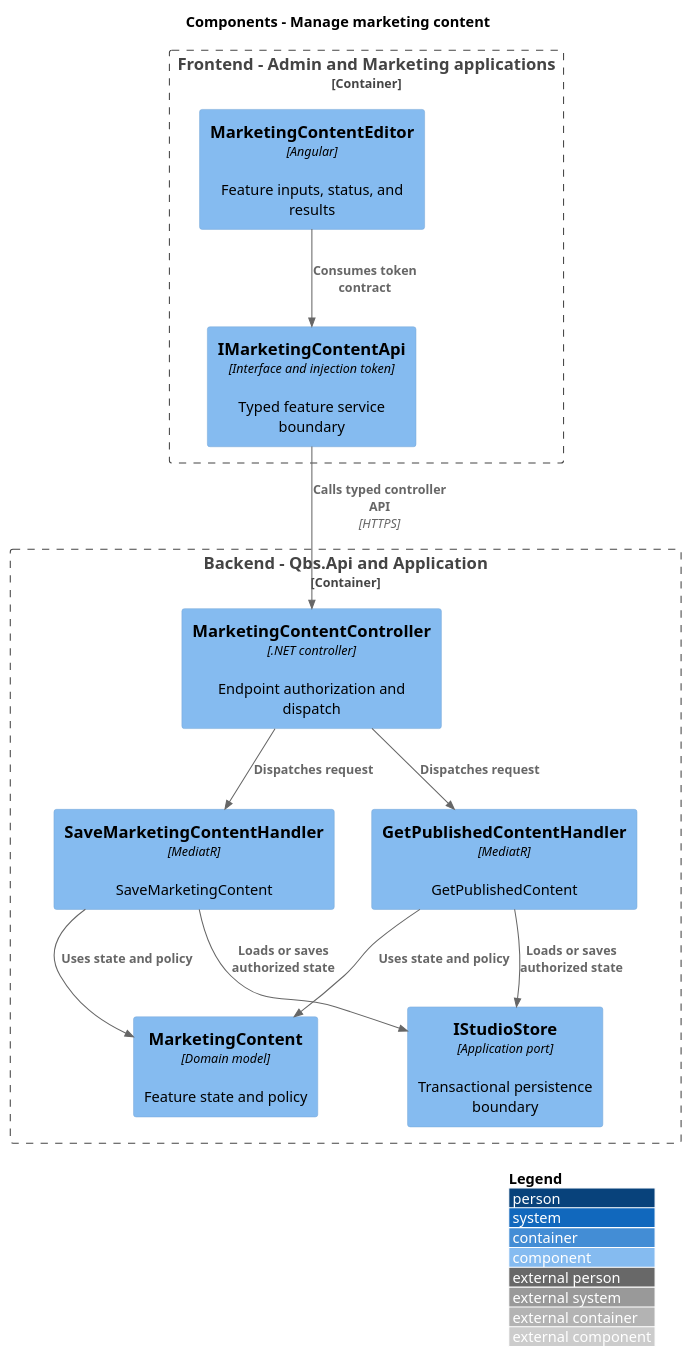
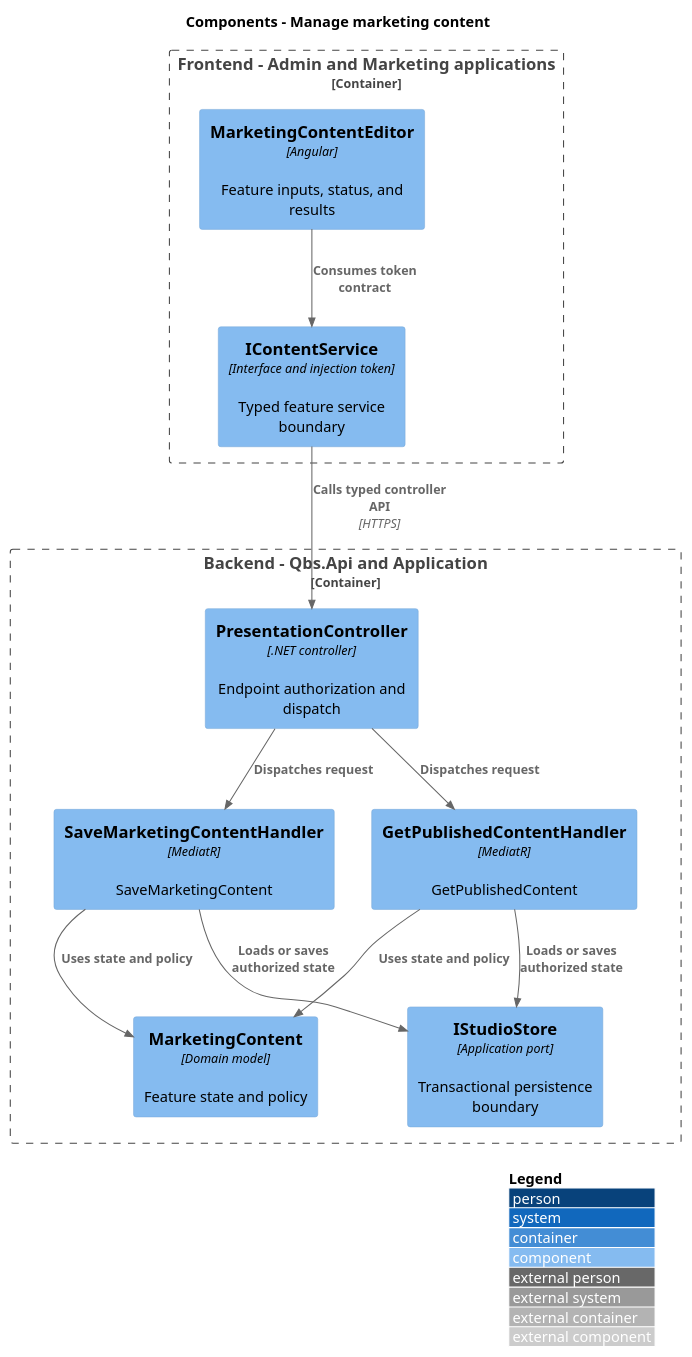
One commit to QuinntyneBrown/quinntyne-brown-studio changed the diagram in docs/detailed-designs/public-presentation/manage-marketing-content/diagrams/c4-component.puml. Above: the diagram before and after it, drawn with PlantUML. The commit also changed 236 other files, not shown here.

```diff
--- a/docs/detailed-designs/public-presentation/manage-marketing-content/diagrams/c4-component.puml
+++ b/docs/detailed-designs/public-presentation/manage-marketing-content/diagrams/c4-component.puml
@@ -1,24 +1,24 @@
 @startuml
 !include <C4/C4_Component>
 LAYOUT_WITH_LEGEND()
 title Components - Manage marketing content
 Container_Boundary(frontend, "Frontend - Admin and Marketing applications") {
  Component(page, "MarketingContentEditor", "Angular", "Feature inputs, status, and results")
- Component(client, "IMarketingContentApi", "Interface and injection token", "Typed feature service boundary")
+ Component(client, "IContentService", "Interface and injection token", "Typed feature service boundary")
 }
 Container_Boundary(api, "Backend - Qbs.Api and Application") {
- Component(ctrl, "MarketingContentController", ".NET controller", "Endpoint authorization and dispatch")
+ Component(ctrl, "PresentationController", ".NET controller", "Endpoint authorization and dispatch")
  Component(handler0, "SaveMarketingContentHandler", "MediatR", "SaveMarketingContent")
  Component(handler1, "GetPublishedContentHandler", "MediatR", "GetPublishedContent")
  Component(entity, "MarketingContent", "Domain model", "Feature state and policy")
  Component(store, "IStudioStore", "Application port", "Transactional persistence boundary")
 }
 Rel(page, client, "Consumes token contract")
 Rel(client, ctrl, "Calls typed controller API", "HTTPS")
 Rel(ctrl, handler0, "Dispatches request")
 Rel(handler0, entity, "Uses state and policy")
 Rel(handler0, store, "Loads or saves authorized state")
 Rel(ctrl, handler1, "Dispatches request")
 Rel(handler1, entity, "Uses state and policy")
 Rel(handler1, store, "Loads or saves authorized state")
 @enduml
```
